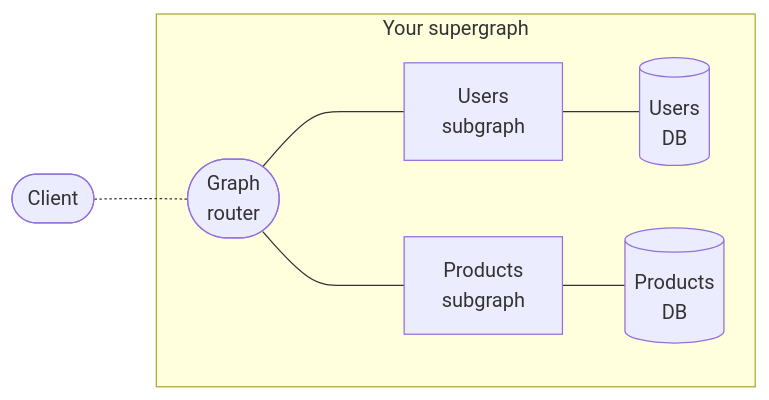
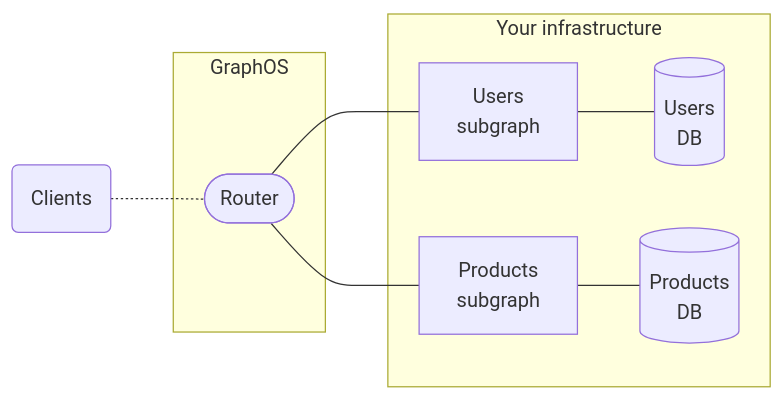
One commit to apollographql/docs changed the first of 2 diagrams in src/content/basics/intro/platform.mdx. Above: the diagram before and after it, drawn with Mermaid. The commit also changed other lines of this file and 3 other files, not shown here.

````diff
--- a/src/content/basics/intro/platform.mdx
+++ b/src/content/basics/intro/platform.mdx
@@ -8,16 +8,18 @@
 ```mermaid
-graph LR;
-  clients([Client]);
-  subgraph "Your supergraph";
-  gateway([Graph<br/>router]);
-  serviceA[Users<br/>subgraph];
-  serviceB[Products<br/>subgraph];
+flowchart LR;
+  clients(Clients);
+  subgraph "GraphOS";
+  router(["Router"]);
+  end;
+  subgraph "Your infrastructure";
+  subgraphA[Users<br/>subgraph];
+  subgraphB[Products<br/>subgraph];
   dbA[(Users<br/>DB)];
   dbB[(Products<br/>DB)];
-  gateway <--- serviceA & serviceB;
-  serviceA --- dbA;
-  serviceB --- dbB;
+  router --- subgraphA & subgraphB;
+  subgraphA --- dbA;
+  subgraphB --- dbB;
   end;
-  clients -.- gateway;
+  clients -.- router;
   class clients secondary;
 ```
````
